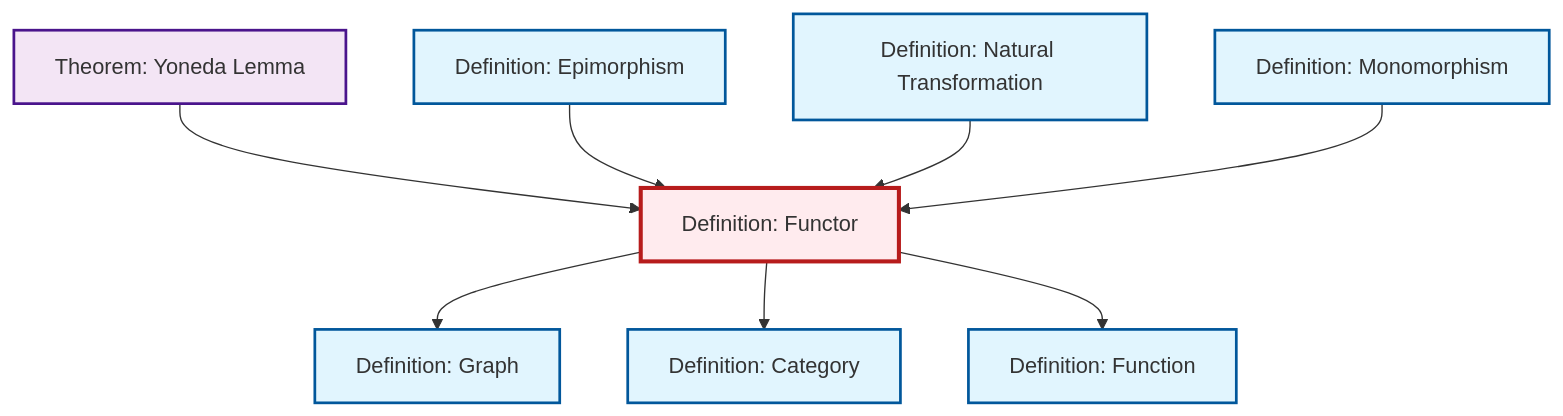
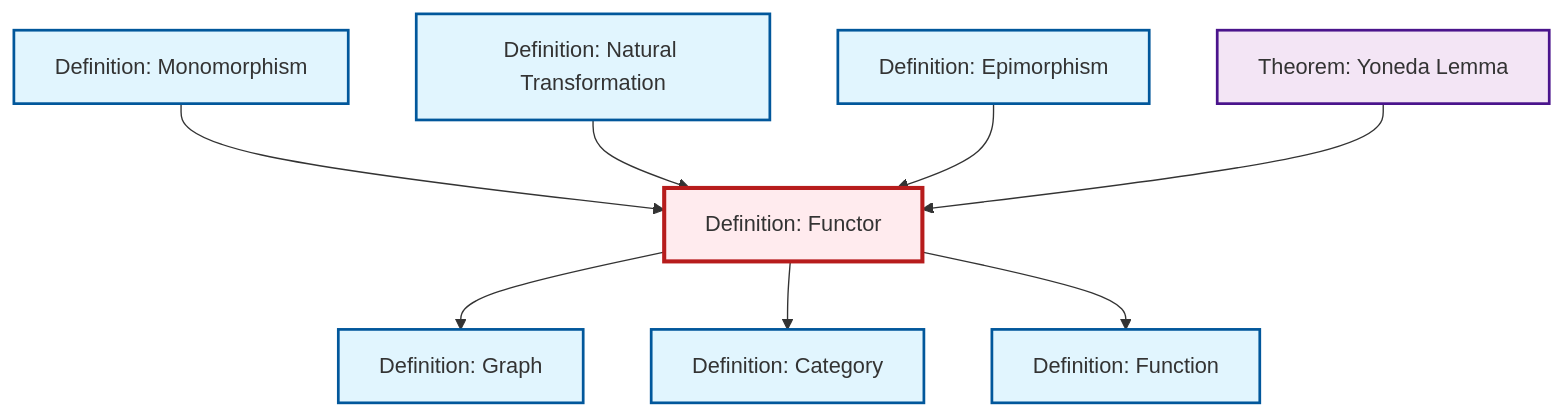
One commit to RK0429/ModernMath changed the diagram in content/ja/category-theory/def-functor.qmd. Above: the diagram before and after it, drawn with Mermaid. The commit also changed other lines of this file and 619 other files, not shown here.

````diff
--- a/content/ja/category-theory/def-functor.qmd
+++ b/content/ja/category-theory/def-functor.qmd
@@ -51,32 +51,32 @@
 ```{mermaid}
 %%| fig-cap: "Local dependency graph"
 graph TD
     classDef definition fill:#e1f5fe,stroke:#01579b,stroke-width:2px
     classDef theorem fill:#f3e5f5,stroke:#4a148c,stroke-width:2px
     classDef axiom fill:#fff3e0,stroke:#e65100,stroke-width:2px
     classDef example fill:#e8f5e9,stroke:#1b5e20,stroke-width:2px
     classDef current fill:#ffebee,stroke:#b71c1c,stroke-width:3px
+    def-functor["Definition: Functor"]:::definition
+    def-monomorphism["Definition: Monomorphism"]:::definition
+    def-epimorphism["Definition: Epimorphism"]:::definition
+    thm-yoneda["Theorem: Yoneda Lemma"]:::theorem
     def-natural-transformation["Definition: Natural Transformation"]:::definition
-    def-epimorphism["Definition: Epimorphism"]:::definition
+    def-function["Definition: Function"]:::definition
+    def-graph["Definition: Graph"]:::definition
     def-category["Definition: Category"]:::definition
-    thm-yoneda["Theorem: Yoneda Lemma"]:::theorem
-    def-function["Definition: Function"]:::definition
-    def-monomorphism["Definition: Monomorphism"]:::definition
-    def-graph["Definition: Graph"]:::definition
-    def-functor["Definition: Functor"]:::definition
+    def-monomorphism --> def-functor
+    def-natural-transformation --> def-functor
+    def-functor --> def-graph
+    def-functor --> def-category
+    def-epimorphism --> def-functor
+    def-functor --> def-function
     thm-yoneda --> def-functor
-    def-functor --> def-graph
-    def-epimorphism --> def-functor
-    def-natural-transformation --> def-functor
-    def-functor --> def-category
-    def-monomorphism --> def-functor
-    def-functor --> def-function
     class def-functor current
+    click def-monomorphism "def-monomorphism.html" "Definition: Monomorphismへ"
+    click def-epimorphism "def-epimorphism.html" "Definition: Epimorphismへ"
+    click thm-yoneda "thm-yoneda.html" "Theorem: Yoneda Lemmaへ"
     click def-natural-transformation "def-natural-transformation.html" "Definition: Natural Transformationへ"
-    click def-epimorphism "def-epimorphism.html" "Definition: Epimorphismへ"
+    click def-function "def-function.html" "Definition: Functionへ"
+    click def-graph "def-graph.html" "Definition: Graphへ"
     click def-category "def-category.html" "Definition: Categoryへ"
-    click thm-yoneda "thm-yoneda.html" "Theorem: Yoneda Lemmaへ"
-    click def-function "def-function.html" "Definition: Functionへ"
-    click def-monomorphism "def-monomorphism.html" "Definition: Monomorphismへ"
-    click def-graph "def-graph.html" "Definition: Graphへ"
 ```
````
